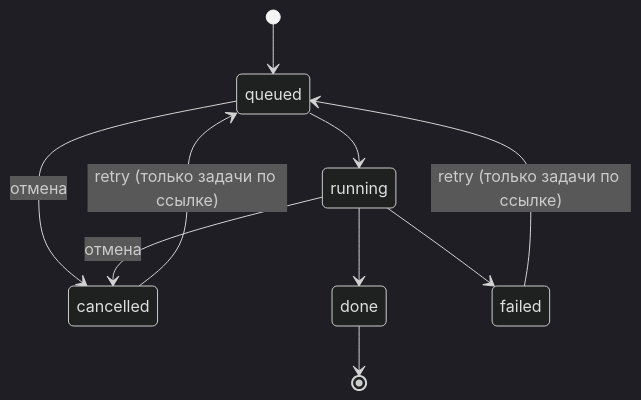
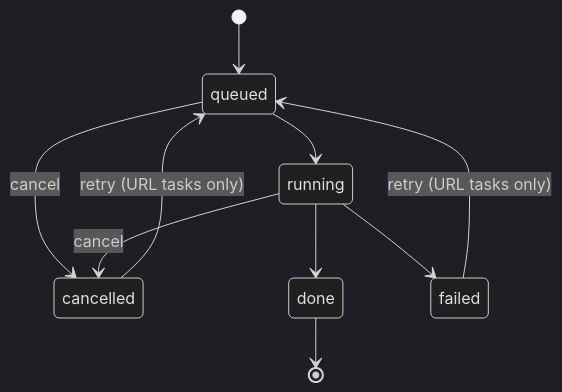
The sixth of 7 diagrams in docs/uploads-and-tasks.md (NikitkaZXC/tcloud-frontend), drawn with Mermaid (dark theme) before and after one commit. The commit also changed other lines of this file and 8 other files, not shown here.

````diff
--- a/docs/uploads-and-tasks.md
+++ b/docs/uploads-and-tasks.md
@@ -236,12 +243,12 @@
 ```mermaid
 stateDiagram-v2
     [*] --> queued
     queued --> running
-    queued --> cancelled: отмена
+    queued --> cancelled: cancel
     running --> done
     running --> failed
-    running --> cancelled: отмена
-    failed --> queued: retry (только задачи по ссылке)
-    cancelled --> queued: retry (только задачи по ссылке)
+    running --> cancelled: cancel
+    failed --> queued: retry (URL tasks only)
+    cancelled --> queued: retry (URL tasks only)
     done --> [*]
 ```
````
